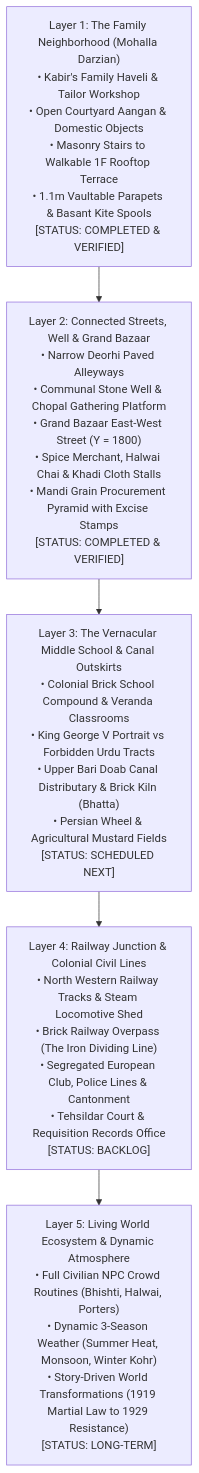
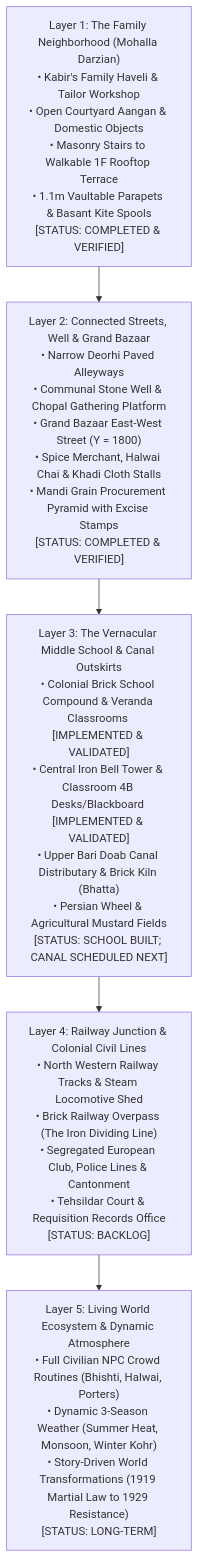
The diagram in Documentation/WORLD_BUILD_PLAN.md (npal78229-eng/REVOLUTION-Game), drawn with Mermaid before and after one commit. The commit also changed other lines of this file and 28 other files, not shown here.

First line of the commit message:
feat(environment): assemble District C Vernacular Middle School and Family Tailor Workshop

````diff
--- a/Documentation/WORLD_BUILD_PLAN.md
+++ b/Documentation/WORLD_BUILD_PLAN.md
@@ -14,17 +14,17 @@
 ```mermaid
 flowchart TD
     L1["Layer 1: The Family Neighborhood (Mohalla Darzian)\n• Kabir's Family Haveli & Tailor Workshop\n• Open Courtyard Aangan & Domestic Objects\n• Masonry Stairs to Walkable 1F Rooftop Terrace\n• 1.1m Vaultable Parapets & Basant Kite Spools\n[STATUS: COMPLETED & VERIFIED]"]
     
     L2["Layer 2: Connected Streets, Well & Grand Bazaar\n• Narrow Deorhi Paved Alleyways\n• Communal Stone Well & Chopal Gathering Platform\n• Grand Bazaar East-West Street (Y = 1800)\n• Spice Merchant, Halwai Chai & Khadi Cloth Stalls\n• Mandi Grain Procurement Pyramid with Excise Stamps\n[STATUS: COMPLETED & VERIFIED]"]
 
-    L3["Layer 3: The Vernacular Middle School & Canal Outskirts\n• Colonial Brick School Compound & Veranda Classrooms\n• King George V Portrait vs Forbidden Urdu Tracts\n• Upper Bari Doab Canal Distributary & Brick Kiln (Bhatta)\n• Persian Wheel & Agricultural Mustard Fields\n[STATUS: SCHEDULED NEXT]"]
+    L3["Layer 3: The Vernacular Middle School & Canal Outskirts\n• Colonial Brick School Compound & Veranda Classrooms [IMPLEMENTED & VALIDATED]\n• Central Iron Bell Tower & Classroom 4B Desks/Blackboard [IMPLEMENTED & VALIDATED]\n• Upper Bari Doab Canal Distributary & Brick Kiln (Bhatta)\n• Persian Wheel & Agricultural Mustard Fields\n[STATUS: SCHOOL BUILT; CANAL SCHEDULED NEXT]"]
 
     L4["Layer 4: Railway Junction & Colonial Civil Lines\n• North Western Railway Tracks & Steam Locomotive Shed\n• Brick Railway Overpass (The Iron Dividing Line)\n• Segregated European Club, Police Lines & Cantonment\n• Tehsildar Court & Requisition Records Office\n[STATUS: BACKLOG]"]
 
     L5["Layer 5: Living World Ecosystem & Dynamic Atmosphere\n• Full Civilian NPC Crowd Routines (Bhishti, Halwai, Porters)\n• Dynamic 3-Season Weather (Summer Heat, Monsoon, Winter Kohr)\n• Story-Driven World Transformations (1919 Martial Law to 1929 Resistance)\n[STATUS: LONG-TERM]"]
 
     L1 --> L2
     L2 --> L3
     L3 --> L4
     L4 --> L5
 ```
````
